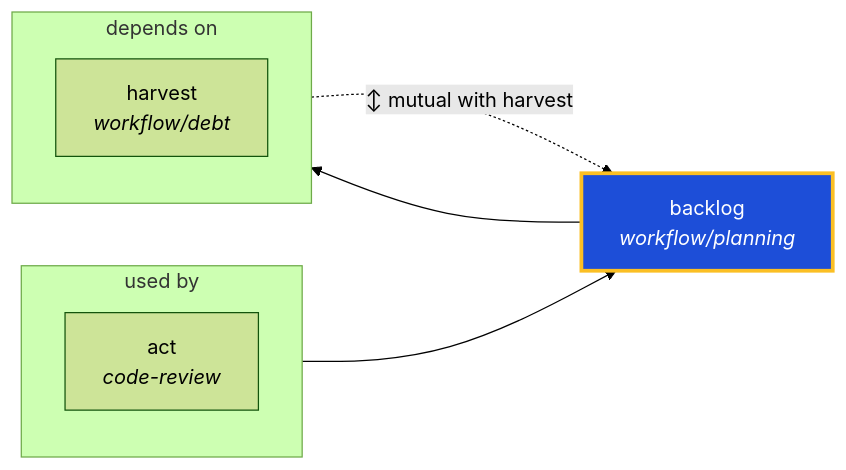
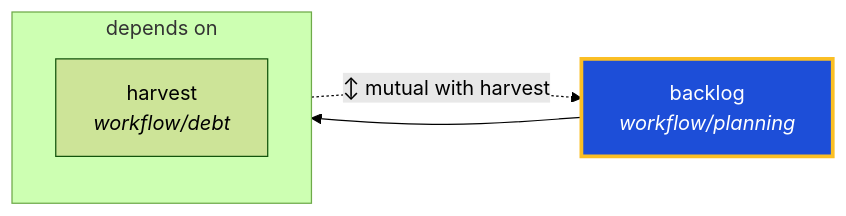
Before and after one commit to ThePlenkov/skills: the diagram in docs/graphs/generated/backlog.md, drawn with Mermaid (forest theme). The commit also changed other lines of this file and 40 other files, not shown here.

````diff
--- a/docs/graphs/generated/backlog.md
+++ b/docs/graphs/generated/backlog.md
@@ -22,19 +22,13 @@
 ```mermaid
 graph LR
   backlog["backlog<br/><i>workflow/planning</i>"]
   classDef center fill:#1d4ed8,stroke:#fbbf24,stroke-width:3px,color:#fff
   class backlog center
-
-  subgraph sg_used_by["used by"]
-    direction TB
-    act["act<br/><i>code-review</i>"]
-  end
-  act --> backlog
 
   subgraph sg_depends_on["depends on"]
     direction TB
     harvest["harvest<br/><i>workflow/debt</i>"]
   end
   backlog --> harvest
   harvest -. "↕ mutual with harvest" .-> backlog
 ```
````
